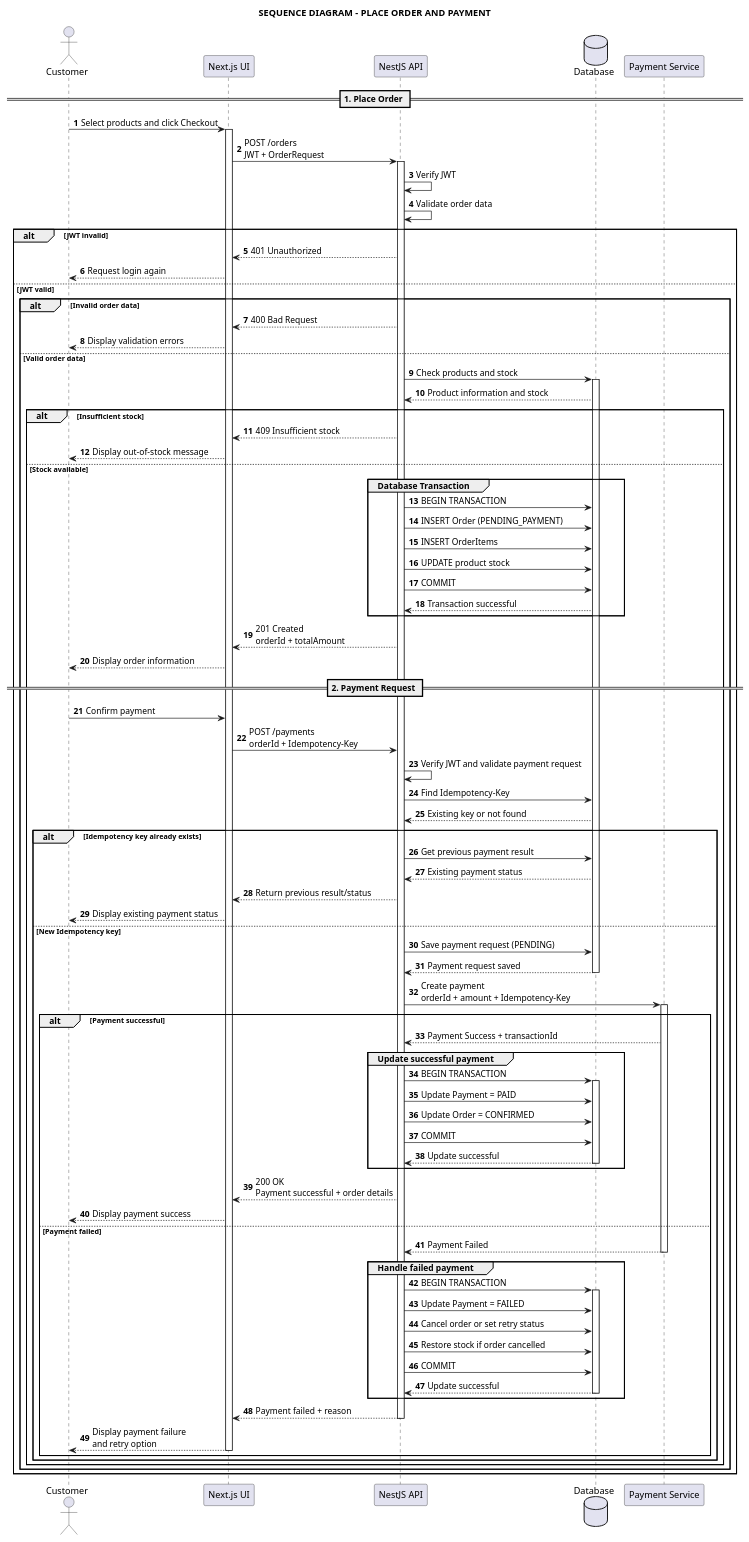
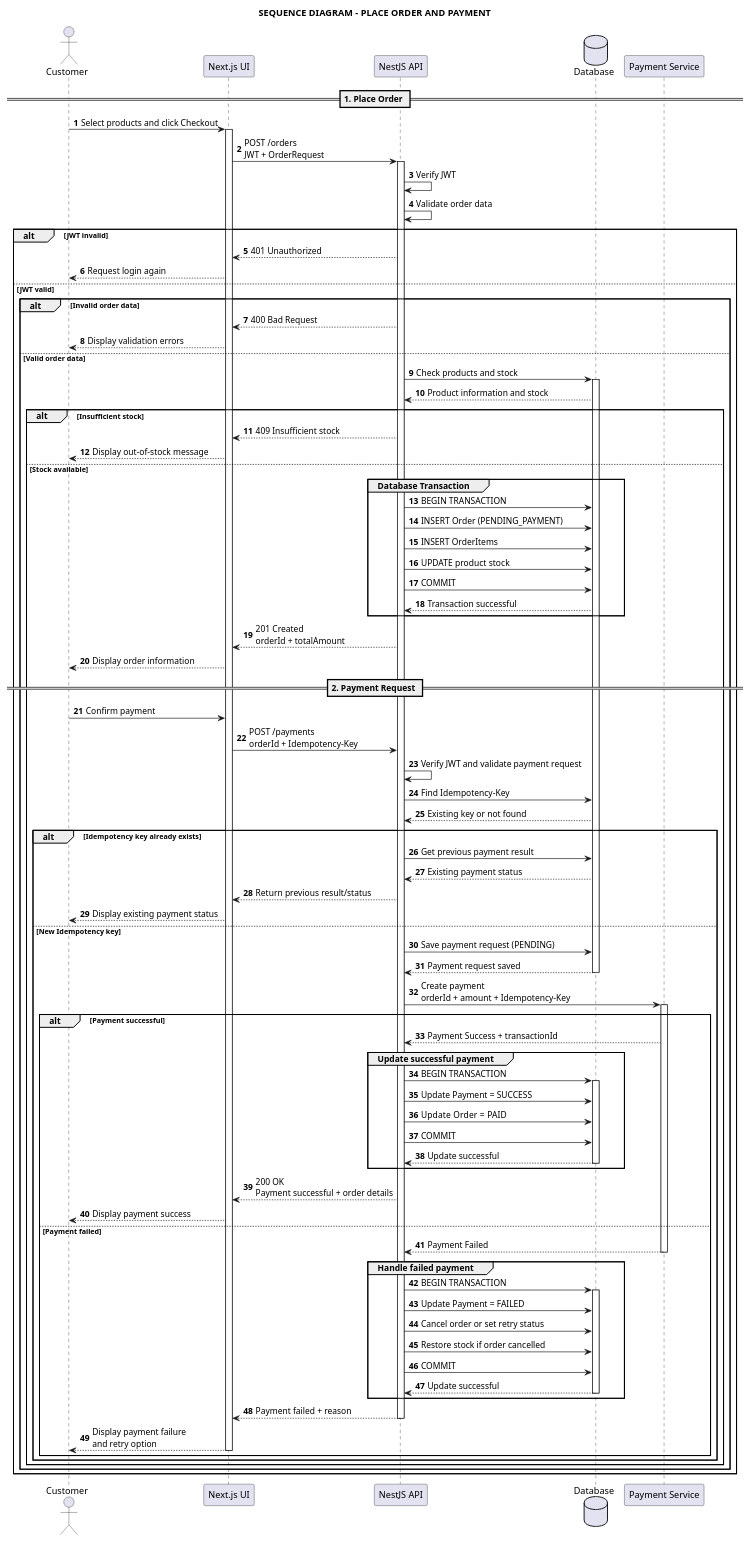
Before and after one commit to NguyenphamThaitu/FE_brewlite_hk1: the diagram in docs/diagrams/sequence-checkout.puml, drawn with PlantUML. The commit also changed 1 other file, not shown here.

Commit message:
update status sequence

```diff
--- a/docs/diagrams/sequence-checkout.puml
+++ b/docs/diagrams/sequence-checkout.puml
@@ -1,121 +1,121 @@
 @startuml
 title SEQUENCE DIAGRAM - PLACE ORDER AND PAYMENT
 
 actor Customer
 participant "Next.js UI" as UI
 participant "NestJS API" as API
 database Database as DB
 participant "Payment Service" as PS
 
 autonumber
 
 == 1. Place Order ==
 
 Customer -> UI: Select products and click Checkout
 activate UI
 UI -> API: POST /orders\nJWT + OrderRequest
 activate API
 
 API -> API: Verify JWT
 API -> API: Validate order data
 
 alt JWT invalid
     API --> UI: 401 Unauthorized
     UI --> Customer: Request login again
 
 else JWT valid
 
     alt Invalid order data
         API --> UI: 400 Bad Request
         UI --> Customer: Display validation errors
 
     else Valid order data
 
         API -> DB: Check products and stock
         activate DB
         DB --> API: Product information and stock
 
         alt Insufficient stock
             API --> UI: 409 Insufficient stock
             UI --> Customer: Display out-of-stock message
 
         else Stock available
 
             group Database Transaction
                 API -> DB: BEGIN TRANSACTION
                 API -> DB: INSERT Order (PENDING_PAYMENT)
                 API -> DB: INSERT OrderItems
                 API -> DB: UPDATE product stock
                 API -> DB: COMMIT
                 DB --> API: Transaction successful
             end
 
             API --> UI: 201 Created\norderId + totalAmount
             UI --> Customer: Display order information
 
             == 2. Payment Request ==
 
             Customer -> UI: Confirm payment
             UI -> API: POST /payments\norderId + Idempotency-Key
             API -> API: Verify JWT and validate payment request
 
             API -> DB: Find Idempotency-Key
             DB --> API: Existing key or not found
 
             alt Idempotency key already exists
                 API -> DB: Get previous payment result
                 DB --> API: Existing payment status
                 API --> UI: Return previous result/status
                 UI --> Customer: Display existing payment status
 
             else New Idempotency key
 
                 API -> DB: Save payment request (PENDING)
                 DB --> API: Payment request saved
                 deactivate DB
 
                 API -> PS: Create payment\norderId + amount + Idempotency-Key
                 activate PS
 
                 alt Payment successful
                     PS --> API: Payment Success + transactionId
 
                     group Update successful payment
                         API -> DB: BEGIN TRANSACTION
                         activate DB
-                        API -> DB: Update Payment = PAID
-                        API -> DB: Update Order = CONFIRMED
+                        API -> DB: Update Payment = SUCCESS
+                        API -> DB: Update Order =  PAID
                         API -> DB: COMMIT
                         DB --> API: Update successful
                         deactivate DB
                     end
 
                     API --> UI: 200 OK\nPayment successful + order details
                     UI --> Customer: Display payment success
 
                 else Payment failed
                     PS --> API: Payment Failed
                     deactivate PS
 
                     group Handle failed payment
                         API -> DB: BEGIN TRANSACTION
                         activate DB
                         API -> DB: Update Payment = FAILED
                         API -> DB: Cancel order or set retry status
                         API -> DB: Restore stock if order cancelled
                         API -> DB: COMMIT
                         DB --> API: Update successful
                         deactivate DB
                     end
 
                     API --> UI: Payment failed + reason
                     deactivate API
                     UI --> Customer: Display payment failure\nand retry option
                     deactivate UI
                 end
             end
         end
     end
 end
 
 @enduml
```
